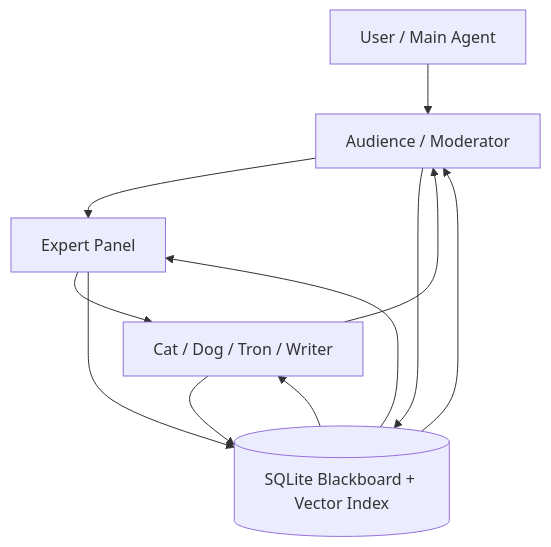
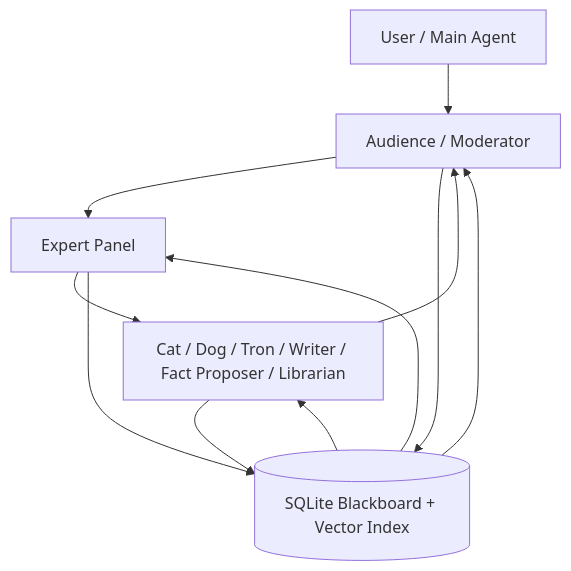
Before and after one commit to G-R-O-X/Grox_chat: the first of 3 diagrams in DESIGN.md, drawn with Mermaid. The commit also changed other lines of this file and 3 other files, not shown here.

````diff
--- a/DESIGN.md
+++ b/DESIGN.md
@@ -46,19 +46,19 @@
 ```mermaid
 flowchart TB
     User[User / Main Agent]
     Audience[Audience / Moderator]
     Experts[Expert Panel]
-    Validators[Cat / Dog / Tron / Writer]
+    Validators[Cat / Dog / Tron / Writer / Fact Proposer / Librarian]
     Memory[(SQLite Blackboard + Vector Index)]
 
     User --> Audience
     Audience --> Experts
     Experts --> Validators
     Validators --> Audience
     Audience --> Memory
     Experts --> Memory
     Validators --> Memory
     Memory --> Audience
     Memory --> Experts
     Memory --> Validators
 ```
````
